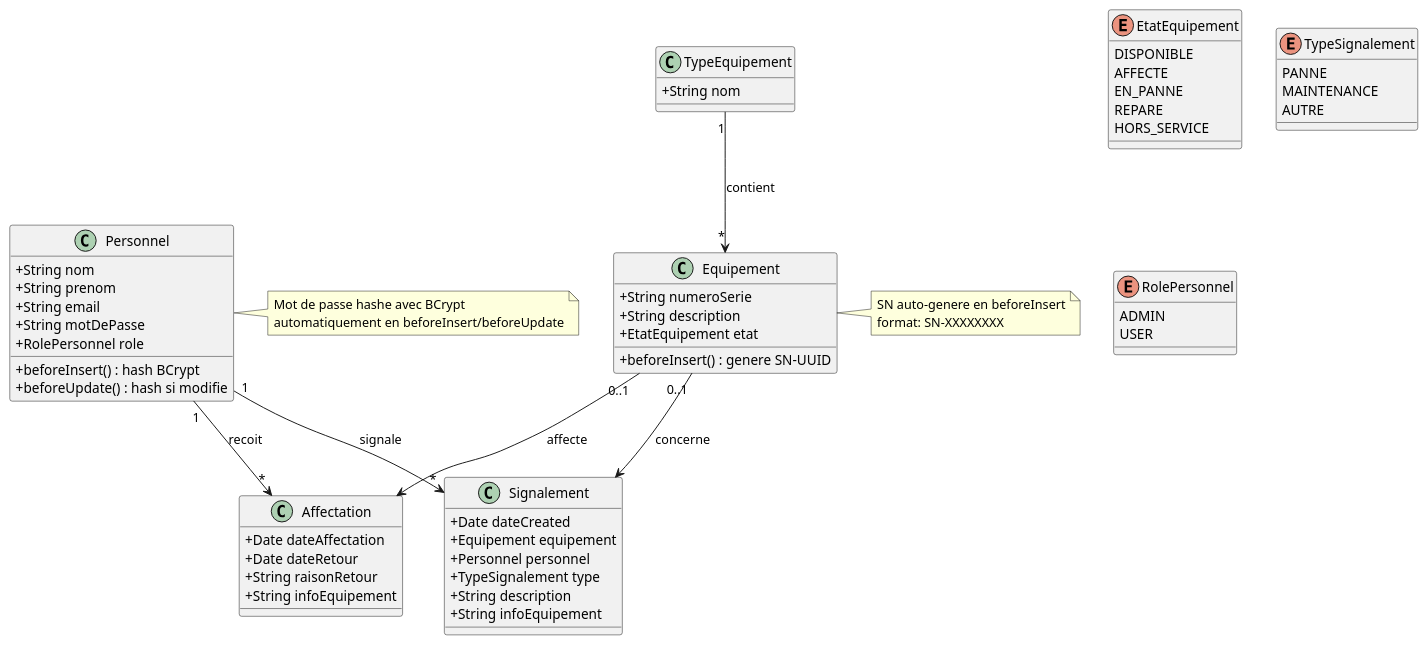
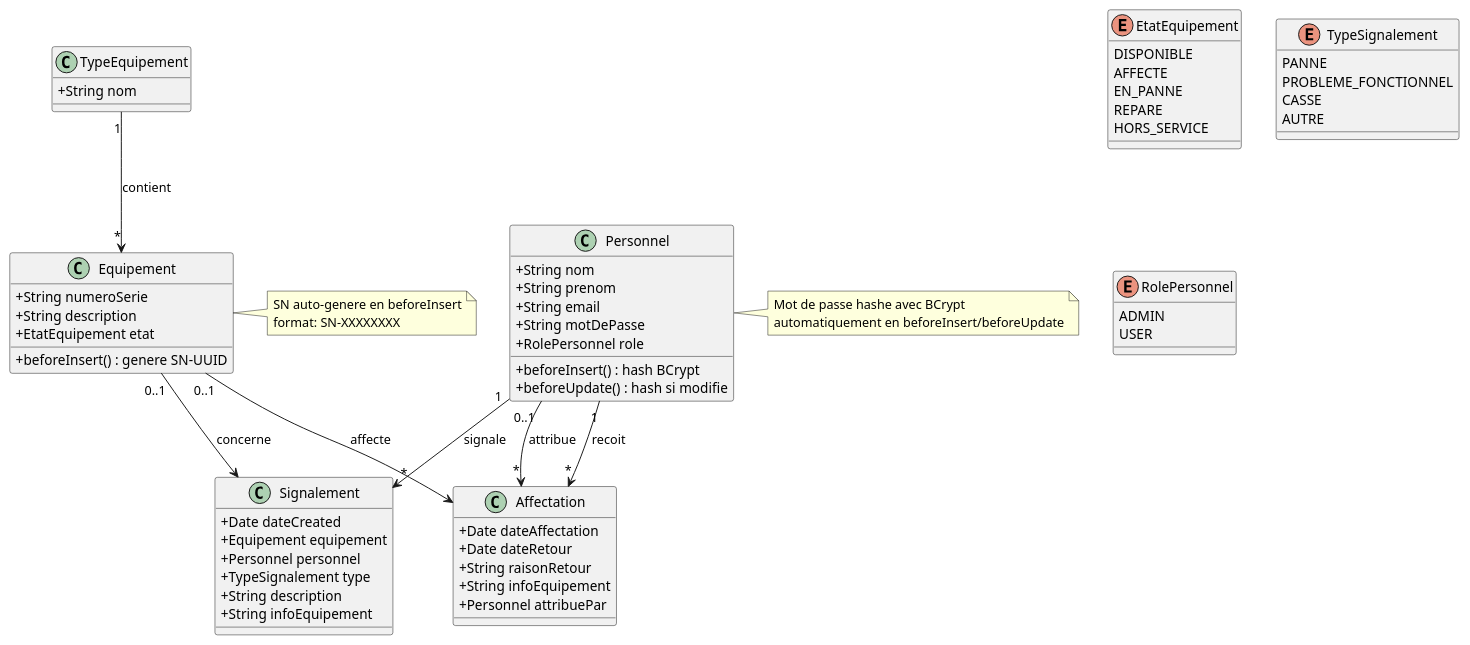
The diagram in plantuml/class-diagram.wsd (AABSmog/projet-equipements), drawn with PlantUML before and after one commit. The commit also changed 4 other files, not shown here.

```diff
--- a/plantuml/class-diagram.wsd
+++ b/plantuml/class-diagram.wsd
@@ -1,76 +1,79 @@
 @startuml
 skinparam classAttributeIconSize 0
 
 enum EtatEquipement {
   DISPONIBLE
   AFFECTE
   EN_PANNE
   REPARE
   HORS_SERVICE
 }
 
 enum TypeSignalement {
   PANNE
-  MAINTENANCE
+  PROBLEME_FONCTIONNEL
+  CASSE
   AUTRE
 }
 
 enum RolePersonnel {
   ADMIN
   USER
 }
 
 class TypeEquipement {
   + String nom
 }
 
 class Equipement {
   + String numeroSerie
   + String description
   + EtatEquipement etat
   + beforeInsert() : genere SN-UUID
 }
 
 class Affectation {
   + Date dateAffectation
   + Date dateRetour
   + String raisonRetour
   + String infoEquipement
+  + Personnel attribuePar
 }
 
 class Signalement {
   + Date dateCreated
   + Equipement equipement
   + Personnel personnel
   + TypeSignalement type
   + String description
   + String infoEquipement
 }
 
 class Personnel {
   + String nom
   + String prenom
   + String email
   + String motDePasse
   + RolePersonnel role
   + beforeInsert() : hash BCrypt
   + beforeUpdate() : hash si modifie
 }
 
 TypeEquipement "1" --> "*" Equipement : contient
 Equipement "0..1" --> Affectation : affecte
 Personnel "1" --> "*" Affectation : recoit
+Personnel "0..1" --> "*" Affectation : attribue
 Personnel "1" --> "*" Signalement : signale
 Equipement "0..1" --> Signalement : concerne
 
 note right of Equipement
   SN auto-genere en beforeInsert
   format: SN-XXXXXXXX
 end note
 
 note right of Personnel
   Mot de passe hashe avec BCrypt
   automatiquement en beforeInsert/beforeUpdate
 end note
 
 @enduml
```
